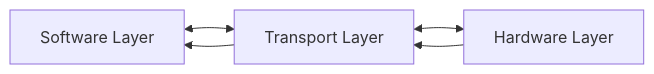
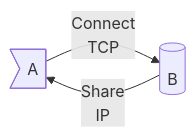
The second of 2 diagrams in Computer_Networks/CN_1.MD (shubham21155102/Archieve), drawn with Mermaid before and after one commit. The commit also changed other lines of this file and 2 other files, not shown here.

````diff
--- a/Computer_Networks/CN_1.MD
+++ b/Computer_Networks/CN_1.MD
@@ -52,6 +19,5 @@
-```mermaid
-graph LR;
-A[Software Layer]<-->B[Transport Layer]<-->C[Hardware Layer]
-B-->A
-C-->B
-```
+    ```mermaid
+    graph LR;
+    A>A]--Connect<br/>TCP-->B[(B)]
+    B--Share<br/>IP-->A
+    ```
````
